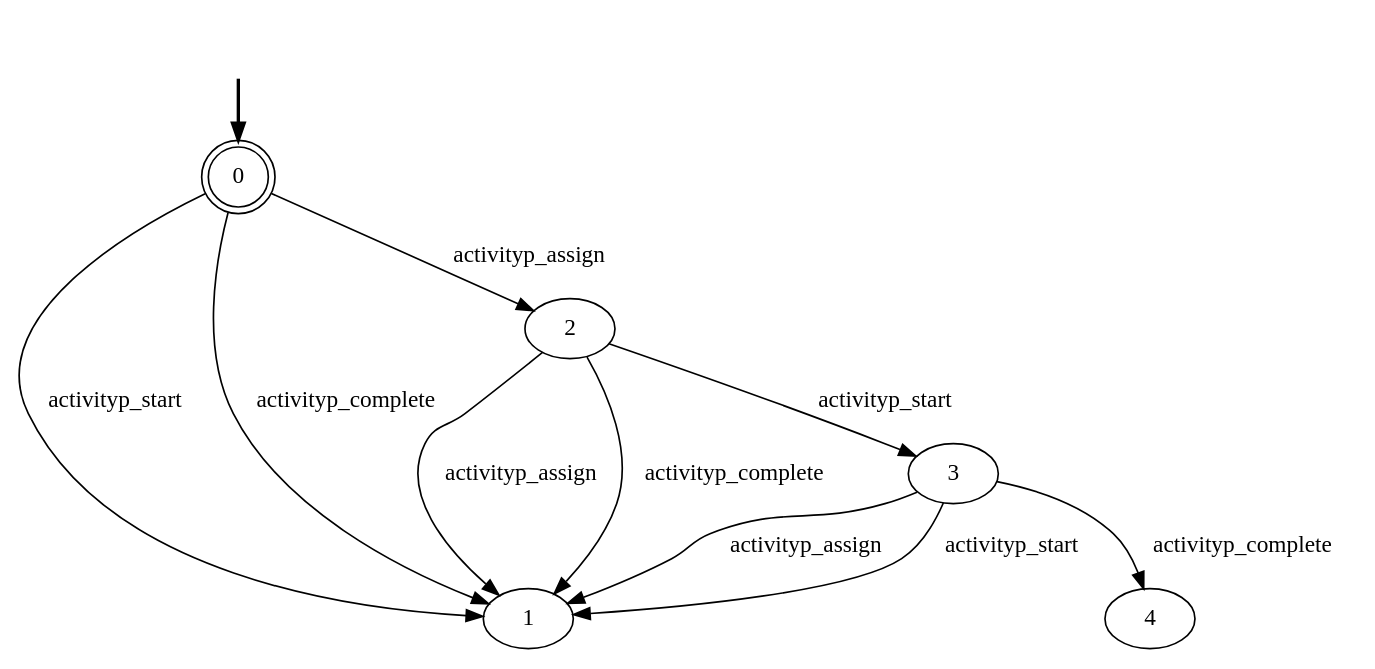
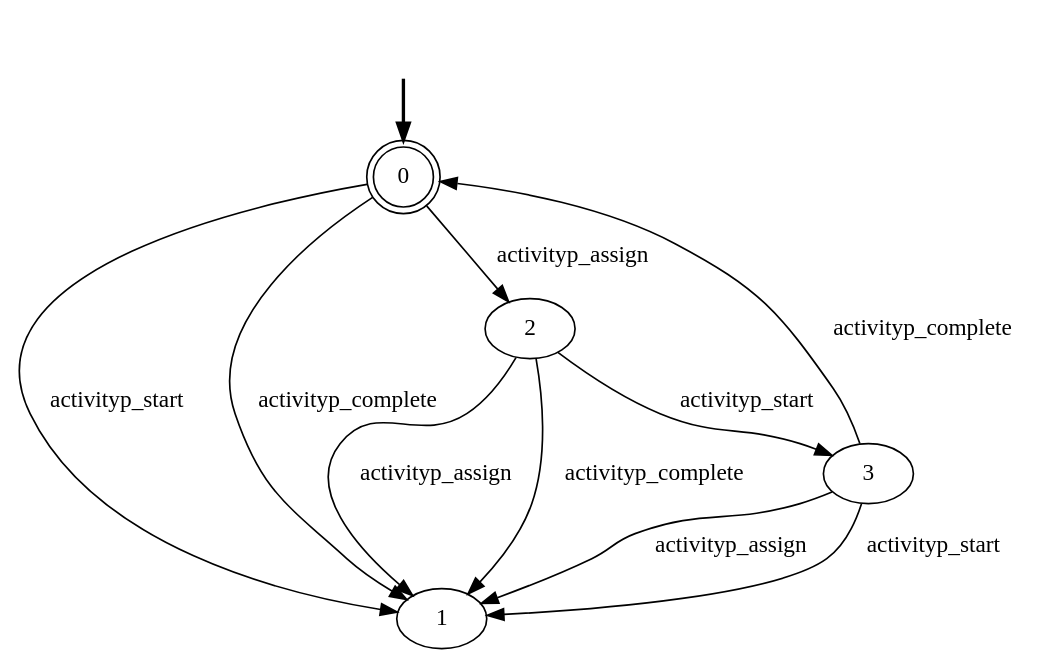
One commit to GianmarcoBordin/pddlTranslator changed the diagram in out/production/Aligner/lifecycle/activityp__lifecycle.dot. Above: the diagram before and after it, drawn with Graphviz. The commit also changed 101 other files, not shown here.

```diff
--- a/out/production/Aligner/lifecycle/activityp__lifecycle.dot
+++ b/out/production/Aligner/lifecycle/activityp__lifecycle.dot
@@ -1,17 +1,17 @@
 digraph {
 	fake0 [style=invisible]
 	0 [root=true] [shape=doublecircle]
 	1
 	2
 	3
 	fake0 -> 0 [style=bold]
 	2 -> 1 [label=activityp_assign]
 	2 -> 3 [label=activityp_start]
 	2 -> 1 [label=activityp_complete]
 	3 -> 1 [label=activityp_assign]
 	3 -> 1 [label=activityp_start]
-	3 -> 4 [label=activityp_complete]
+	3 -> 0 [label=activityp_complete]
 	0 -> 2 [label=activityp_assign]
 	0 -> 1 [label=activityp_start]
 	0 -> 1 [label=activityp_complete]
 }
```
